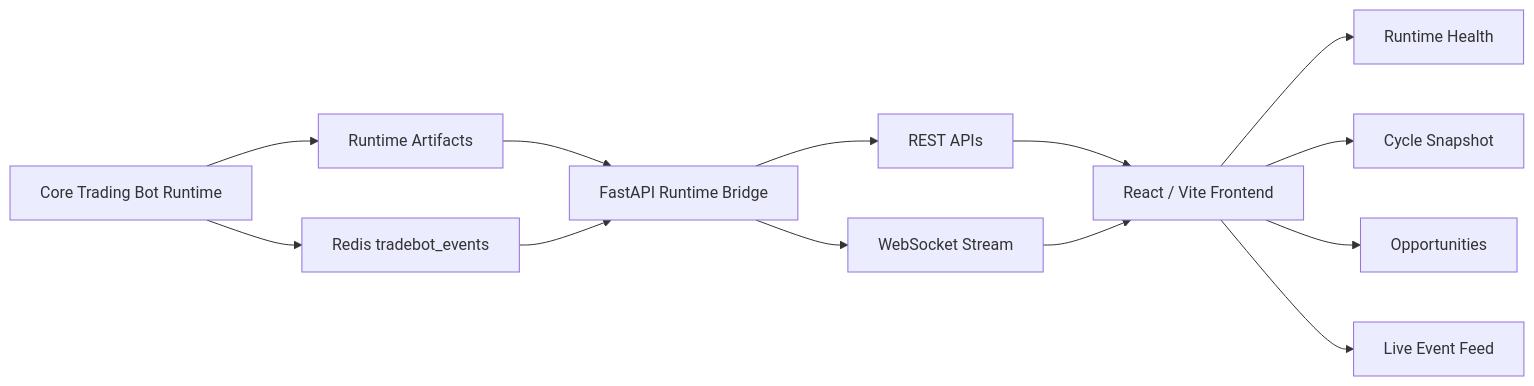
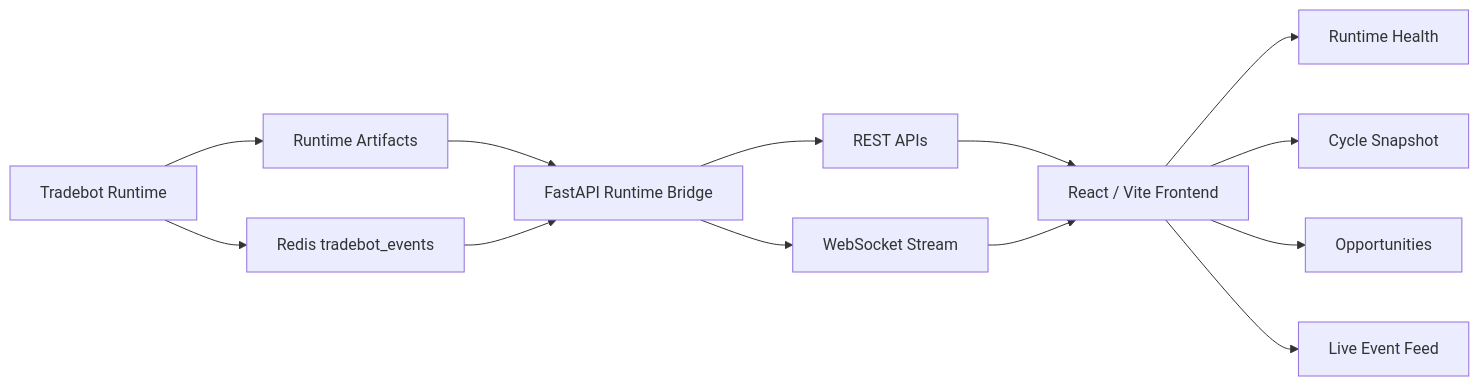
The diagram in README.md (ramgolladi1503-sys/algotradify), drawn with Mermaid before and after one commit. The commit also changed other lines of this file, not shown here.

Commit message:
Document tradebot alignment run modes

````diff
--- a/README.md
+++ b/README.md
@@ -46,15 +47,15 @@
 ```mermaid
 flowchart LR
-    A[Core Trading Bot Runtime] --> B[Runtime Artifacts]
+    A[Tradebot Runtime] --> B[Runtime Artifacts]
     A --> C[Redis tradebot_events]
     B --> D[FastAPI Runtime Bridge]
     C --> D
     D --> E[REST APIs]
     D --> F[WebSocket Stream]
     E --> G[React / Vite Frontend]
     F --> G
     G --> H[Runtime Health]
     G --> I[Cycle Snapshot]
     G --> J[Opportunities]
     G --> K[Live Event Feed]
 ```
````
